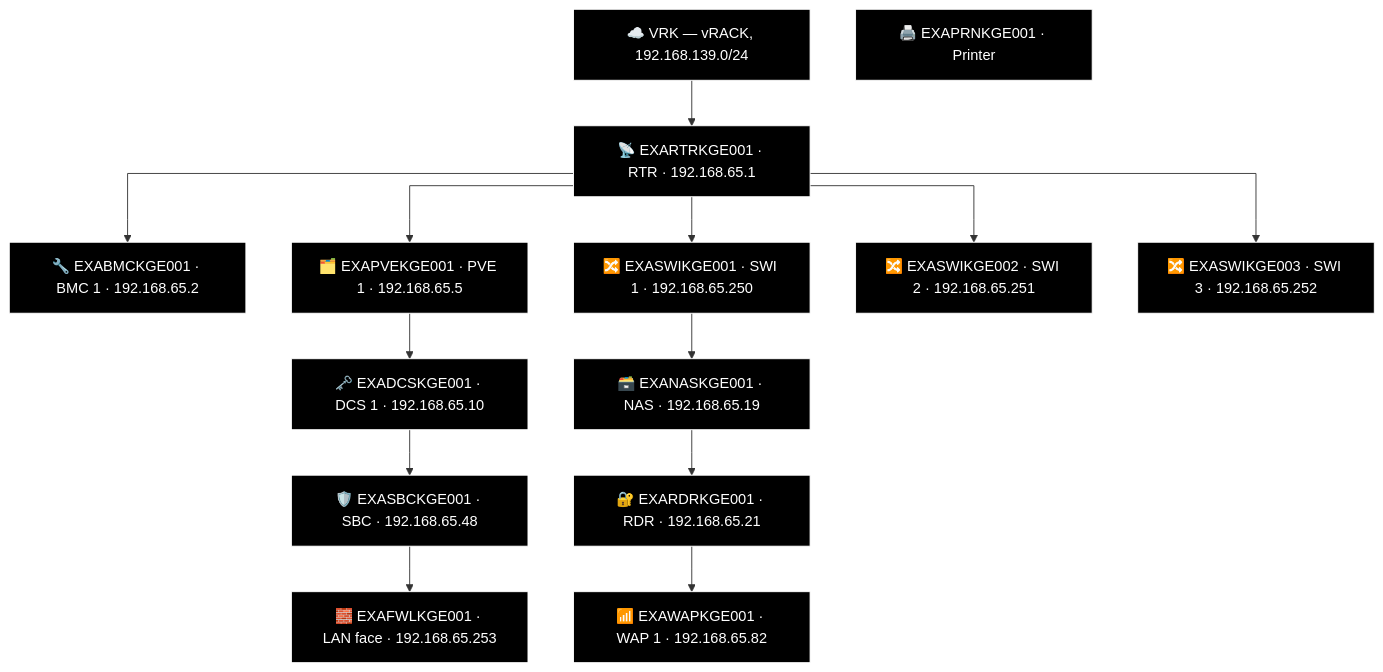
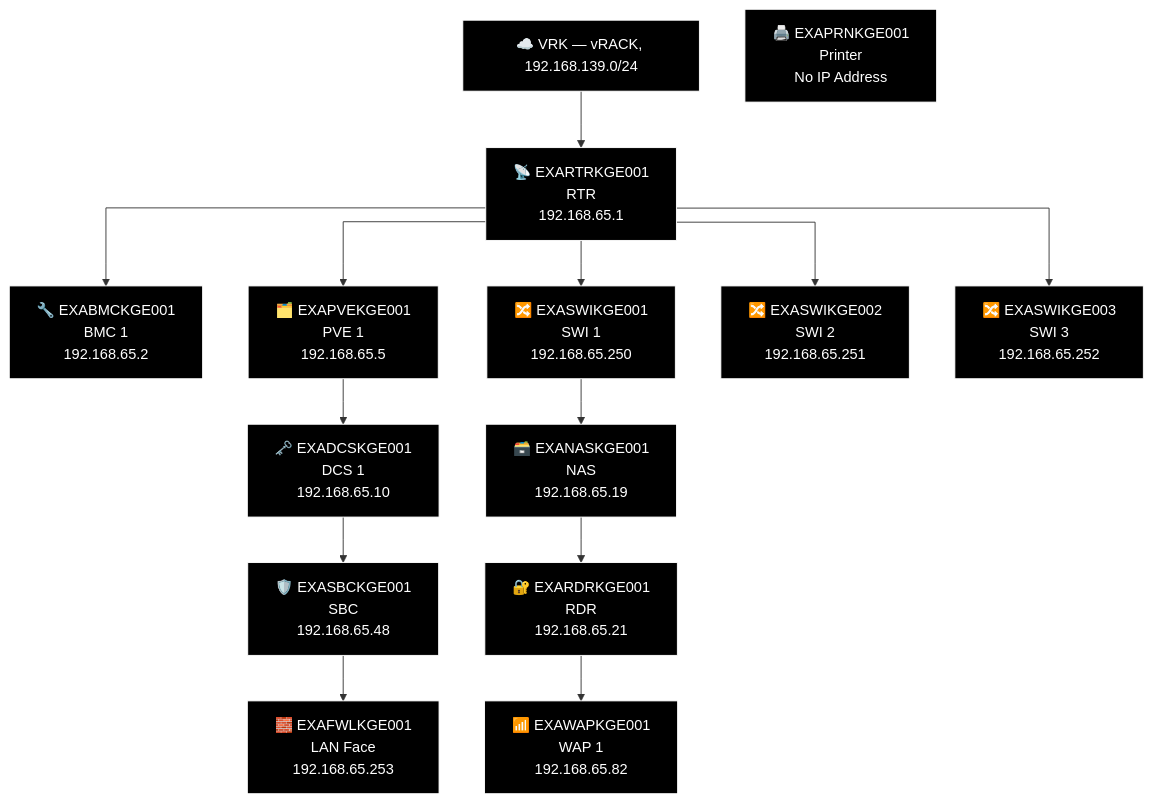
The sixth of 18 diagrams in docs/network-diagram/danmark.md (knightmare2600/example_music_infra), drawn with Mermaid before and after one commit. The commit also changed other lines of this file and 18 other files, not shown here.

````diff
--- a/docs/network-diagram/danmark.md
+++ b/docs/network-diagram/danmark.md
@@ -234,42 +234,42 @@
 ```mermaid
 %% GENERATED:TOPOLOGY:KGE:START
 %%{init: {'flowchart': {'curve': 'stepAfter'}}}%%
 graph TD
     T_VRK["☁️ VRK — vRACK, 192.168.139.0/24"]
-    T_RTR["📡 EXARTRKGE001 · RTR · 192.168.65.1"]
+    T_RTR["📡 EXARTRKGE001<br/>RTR<br/>192.168.65.1"]
     T_VRK --> T_RTR
-    T_BMC["🔧 EXABMCKGE001 · BMC 1 · 192.168.65.2"]
+    T_BMC["🔧 EXABMCKGE001<br/>BMC 1<br/>192.168.65.2"]
     T_RTR --> T_BMC
-    T_PVE["🗂️ EXAPVEKGE001 · PVE 1 · 192.168.65.5"]
+    T_PVE["🗂️ EXAPVEKGE001<br/>PVE 1<br/>192.168.65.5"]
     T_RTR --> T_PVE
-    T_SWI["🔀 EXASWIKGE001 · SWI 1 · 192.168.65.250"]
+    T_SWI["🔀 EXASWIKGE001<br/>SWI 1<br/>192.168.65.250"]
     T_RTR --> T_SWI
-    T_SWI2["🔀 EXASWIKGE002 · SWI 2 · 192.168.65.251"]
+    T_SWI2["🔀 EXASWIKGE002<br/>SWI 2<br/>192.168.65.251"]
     T_RTR --> T_SWI2
-    T_SWI3["🔀 EXASWIKGE003 · SWI 3 · 192.168.65.252"]
+    T_SWI3["🔀 EXASWIKGE003<br/>SWI 3<br/>192.168.65.252"]
     T_RTR --> T_SWI3
-    T_NAS["🗃️ EXANASKGE001 · NAS · 192.168.65.19"]
-    T_RDR["🔐 EXARDRKGE001 · RDR · 192.168.65.21"]
-    T_WAP["📶 EXAWAPKGE001 · WAP 1 · 192.168.65.82"]
+    T_NAS["🗃️ EXANASKGE001<br/>NAS<br/>192.168.65.19"]
+    T_RDR["🔐 EXARDRKGE001<br/>RDR<br/>192.168.65.21"]
+    T_WAP["📶 EXAWAPKGE001<br/>WAP 1<br/>192.168.65.82"]
     T_SWI --> T_NAS --> T_RDR --> T_WAP
-    T_DCS["🗝️ EXADCSKGE001 · DCS 1 · 192.168.65.10"]
-    T_SBC["🛡️ EXASBCKGE001 · SBC · 192.168.65.48"]
-    T_FWL["🧱 EXAFWLKGE001 · LAN face · 192.168.65.253"]
+    T_DCS["🗝️ EXADCSKGE001<br/>DCS 1<br/>192.168.65.10"]
+    T_SBC["🛡️ EXASBCKGE001<br/>SBC<br/>192.168.65.48"]
+    T_FWL["🧱 EXAFWLKGE001<br/>LAN Face<br/>192.168.65.253"]
     T_PVE --> T_DCS --> T_SBC --> T_FWL
-    T_PRN["🖨️ EXAPRNKGE001 · Printer"]
+    T_PRN["🖨️ EXAPRNKGE001<br/>Printer<br/>No IP Address"]
     style T_VRK fill:#000000,stroke:#FFFFFF,color:#FFFFFF
     style T_RTR fill:#000000,stroke:#FFFFFF,color:#FFFFFF
     style T_BMC fill:#000000,stroke:#FFFFFF,color:#FFFFFF
     style T_PVE fill:#000000,stroke:#FFFFFF,color:#FFFFFF
     style T_SWI fill:#000000,stroke:#FFFFFF,color:#FFFFFF
     style T_SWI2 fill:#000000,stroke:#FFFFFF,color:#FFFFFF
     style T_SWI3 fill:#000000,stroke:#FFFFFF,color:#FFFFFF
     style T_NAS fill:#000000,stroke:#FFFFFF,color:#FFFFFF
     style T_RDR fill:#000000,stroke:#FFFFFF,color:#FFFFFF
     style T_WAP fill:#000000,stroke:#FFFFFF,color:#FFFFFF
     style T_DCS fill:#000000,stroke:#FFFFFF,color:#FFFFFF
     style T_SBC fill:#000000,stroke:#FFFFFF,color:#FFFFFF
     style T_FWL fill:#000000,stroke:#FFFFFF,color:#FFFFFF
     style T_PRN fill:#000000,stroke:#FFFFFF,color:#FFFFFF
 %% GENERATED:TOPOLOGY:KGE:END
 ```
````
